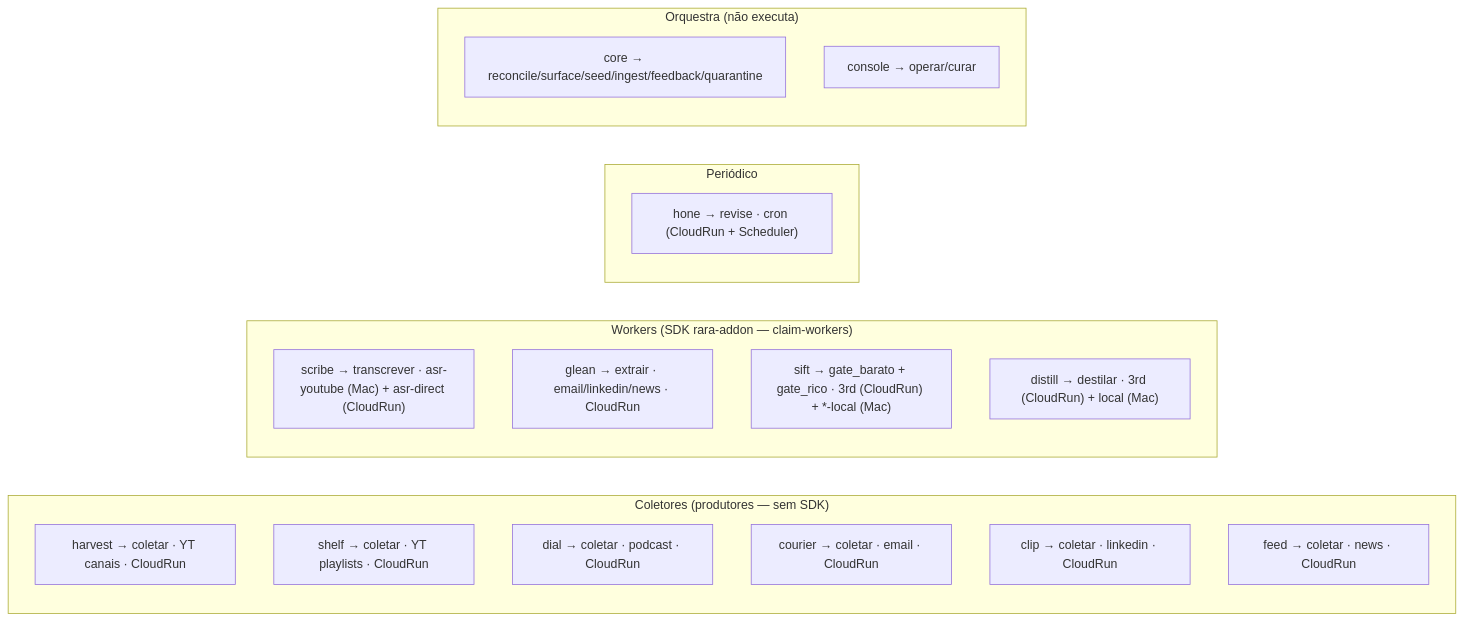
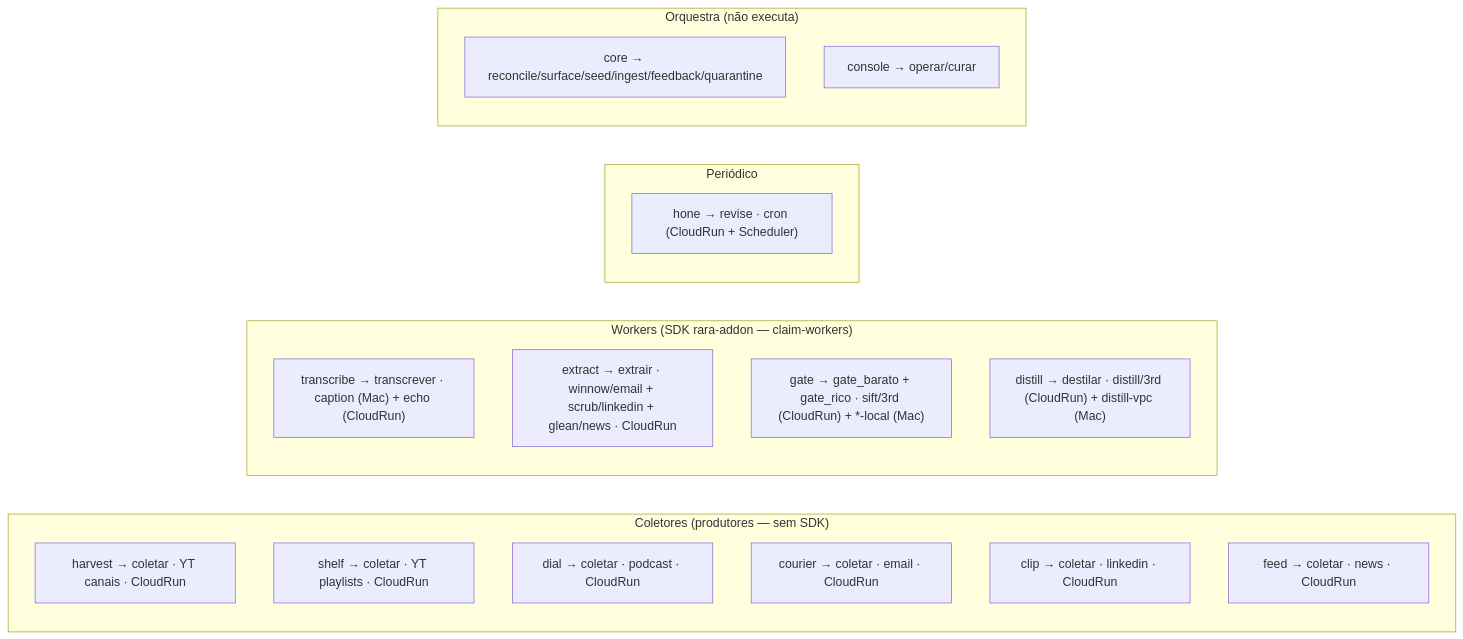
One commit to renatobardi/rara changed the third of 3 diagrams in PIECES.mermaid.md. Above: the diagram before and after it, drawn with Mermaid. The commit also changed other lines of this file and 22 other files, not shown here.

````diff
--- a/PIECES.mermaid.md
+++ b/PIECES.mermaid.md
@@ -92,24 +92,24 @@
 ```mermaid
 flowchart LR
   subgraph PROD["Coletores (produtores — sem SDK)"]
     harvest["harvest → coletar · YT canais · CloudRun"]
     shelf["shelf → coletar · YT playlists · CloudRun"]
     dial["dial → coletar · podcast · CloudRun"]
     courier["courier → coletar · email · CloudRun"]
     clip["clip → coletar · linkedin · CloudRun"]
     feed["feed → coletar · news · CloudRun"]
   end
   subgraph WORK["Workers (SDK rara-addon — claim-workers)"]
-    scribe["scribe → transcrever · asr-youtube (Mac) + asr-direct (CloudRun)"]
-    glean["glean → extrair · email/linkedin/news · CloudRun"]
-    sift["sift → gate_barato + gate_rico · 3rd (CloudRun) + *-local (Mac)"]
-    distill["distill → destilar · 3rd (CloudRun) + local (Mac)"]
+    transcribe["transcribe → transcrever · caption (Mac) + echo (CloudRun)"]
+    glean["extract → extrair · winnow/email + scrub/linkedin + glean/news · CloudRun"]
+    sift["gate → gate_barato + gate_rico · sift/3rd (CloudRun) + *-local (Mac)"]
+    distill["distill → destilar · distill/3rd (CloudRun) + distill-vpc (Mac)"]
   end
   subgraph PERIOD["Periódico"]
     hone["hone → revise · cron (CloudRun + Scheduler)"]
   end
   subgraph ORQ["Orquestra (não executa)"]
     core["core → reconcile/surface/seed/ingest/feedback/quarantine"]
     console["console → operar/curar"]
   end
 ```
````
